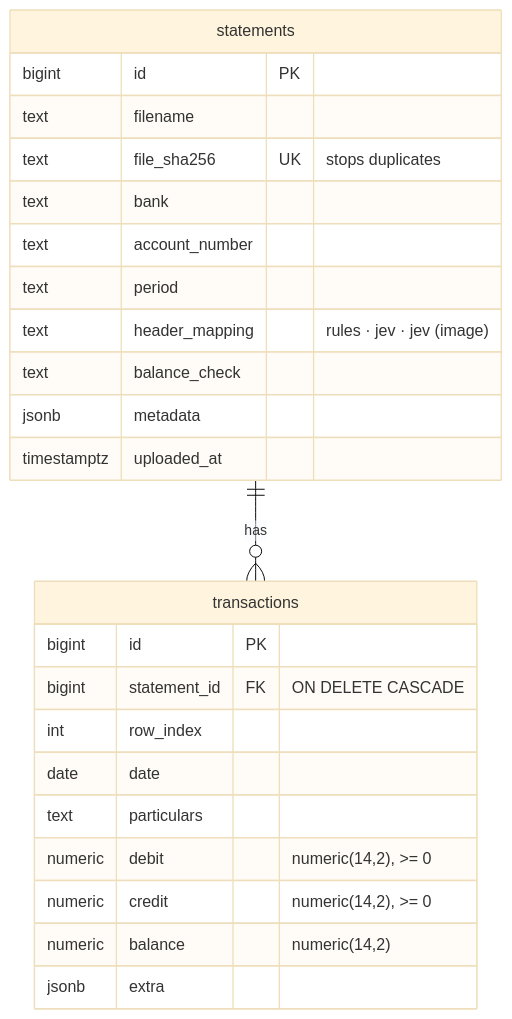
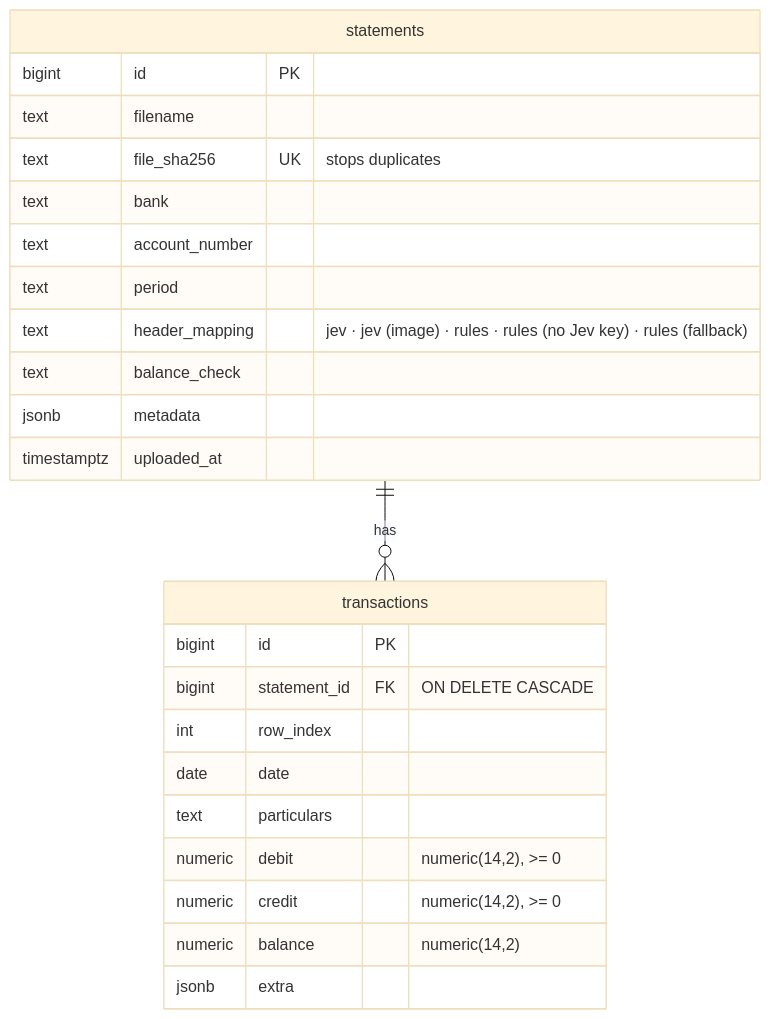
Before and after one commit to Arindam-Mondal/track-my-money: the fourth of 4 diagrams in README.md, drawn with Mermaid (base theme). The commit also changed other lines of this file and 4 other files, not shown here.

First line of the commit message:
Label uploads without a Jev key and show the key mode in the UI

````diff
--- a/README.md
+++ b/README.md
@@ -335,27 +335,27 @@
 ```mermaid
 erDiagram
     statements ||--o{ transactions : "has"
     statements {
         bigint id PK
         text filename
         text file_sha256 UK "stops duplicates"
         text bank
         text account_number
         text period
-        text header_mapping "rules · jev · jev (image)"
+        text header_mapping "jev · jev (image) · rules · rules (no Jev key) · rules (fallback)"
         text balance_check
         jsonb metadata
         timestamptz uploaded_at
     }
     transactions {
         bigint id PK
         bigint statement_id FK "ON DELETE CASCADE"
         int row_index
         date date
         text particulars
         numeric debit "numeric(14,2), >= 0"
         numeric credit "numeric(14,2), >= 0"
         numeric balance "numeric(14,2)"
         jsonb extra
     }
 ```
````
